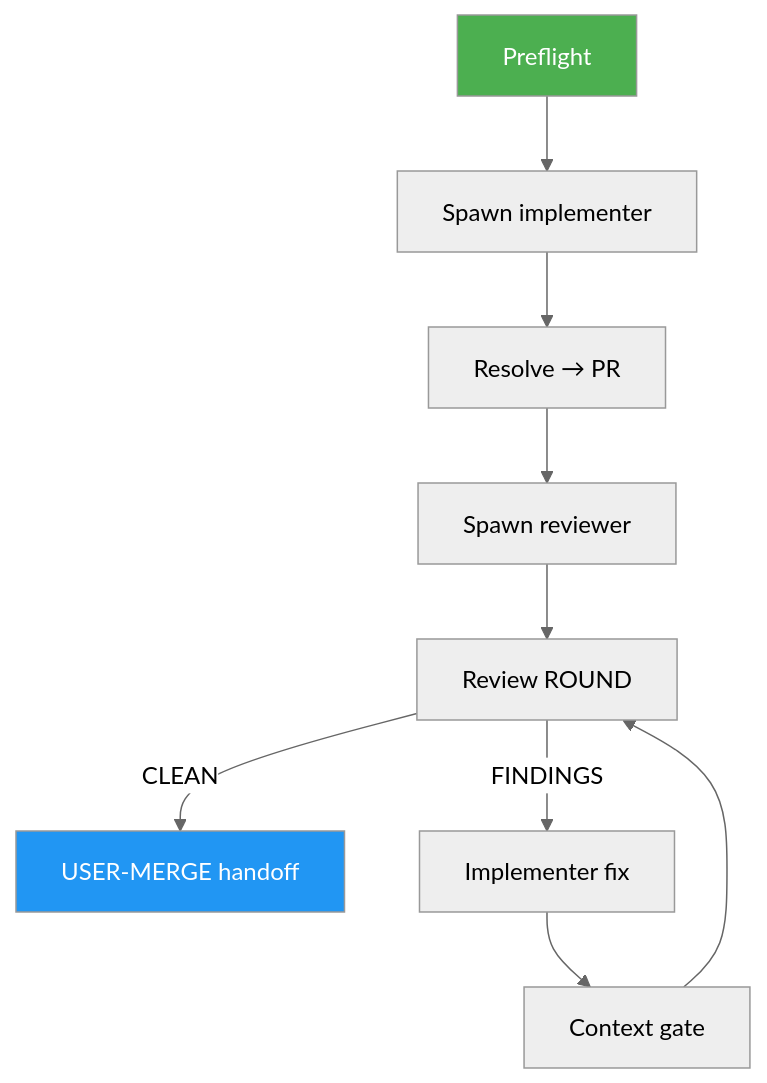
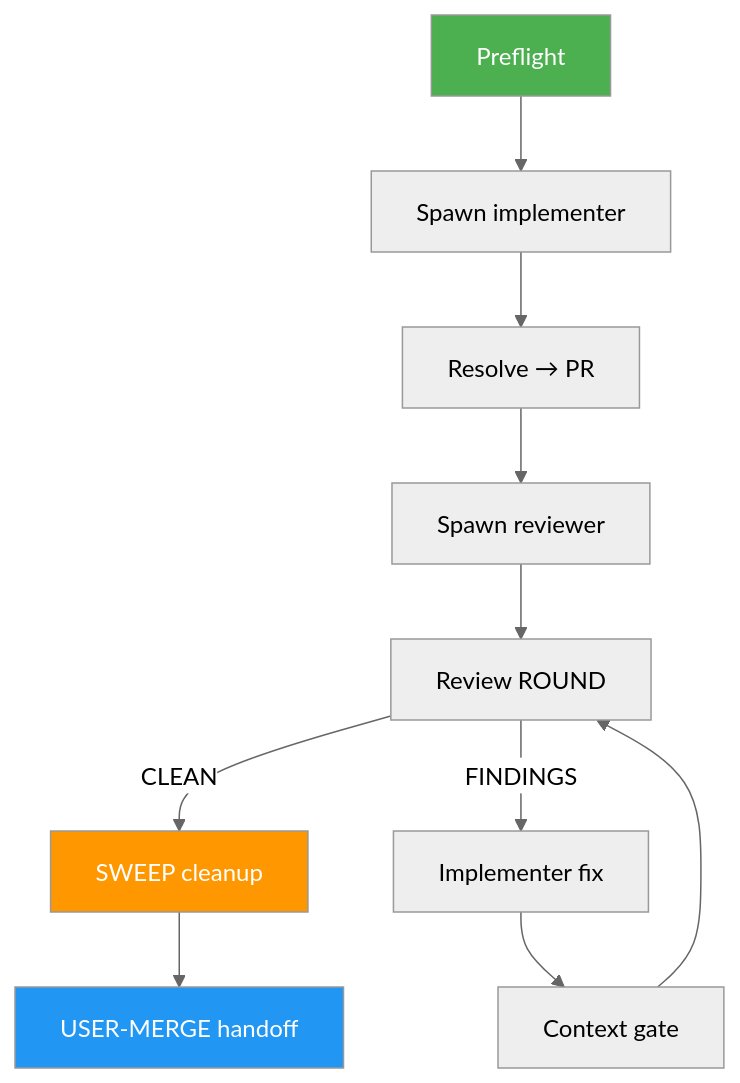
Before and after one commit to luongnv89/skills: the diagram in skills/issue-work-loop/docs/README.md, drawn with Mermaid (neutral theme). The commit also changed other lines of this file and 7 other files, not shown here.

````diff
--- a/skills/issue-work-loop/docs/README.md
+++ b/skills/issue-work-loop/docs/README.md
@@ -32,13 +33,15 @@
 ```mermaid
 graph TD
     A["Preflight"] --> B["Spawn implementer"]
     B --> C["Resolve → PR"]
     C --> D["Spawn reviewer"]
     D --> E["Review ROUND"]
-    E -->|CLEAN| F["USER-MERGE handoff"]
+    E -->|CLEAN| S["SWEEP cleanup"]
     E -->|FINDINGS| G["Implementer fix"]
     G --> H["Context gate"]
     H --> E
+    S --> F["USER-MERGE handoff"]
     style A fill:#4CAF50,color:#fff
+    style S fill:#FF9800,color:#fff
     style F fill:#2196F3,color:#fff
 ```
````
